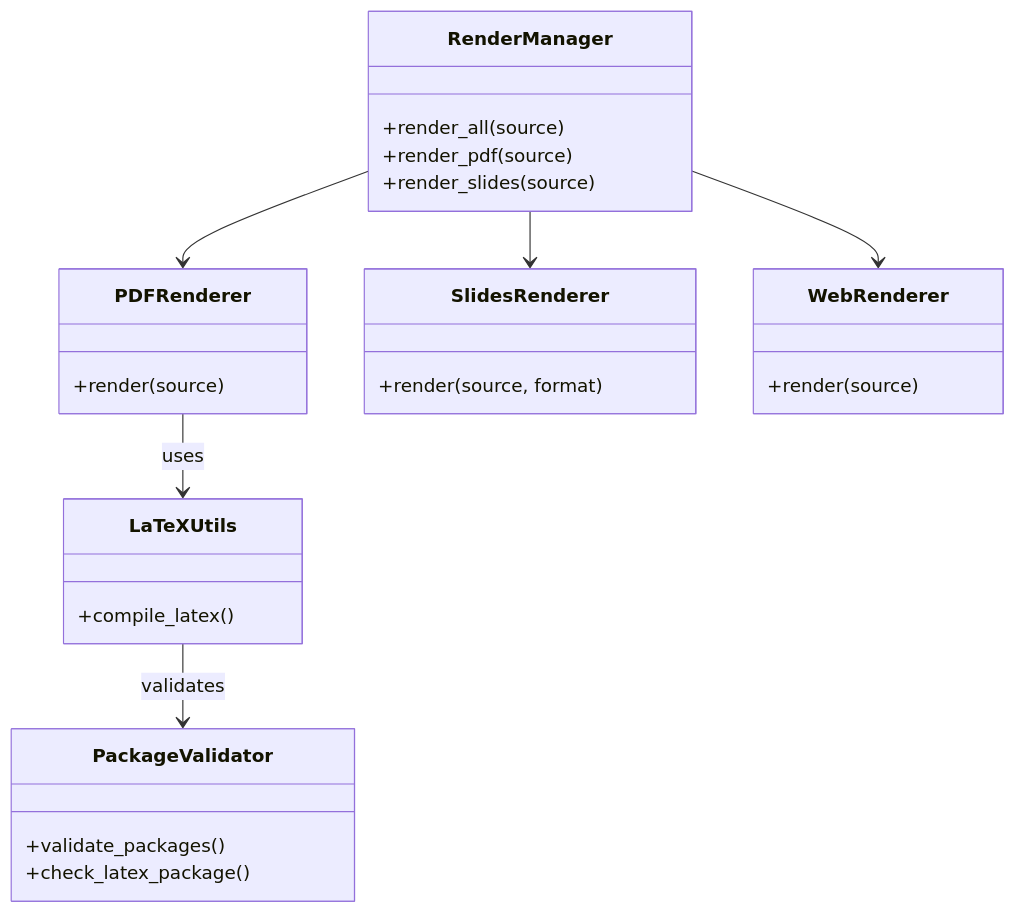
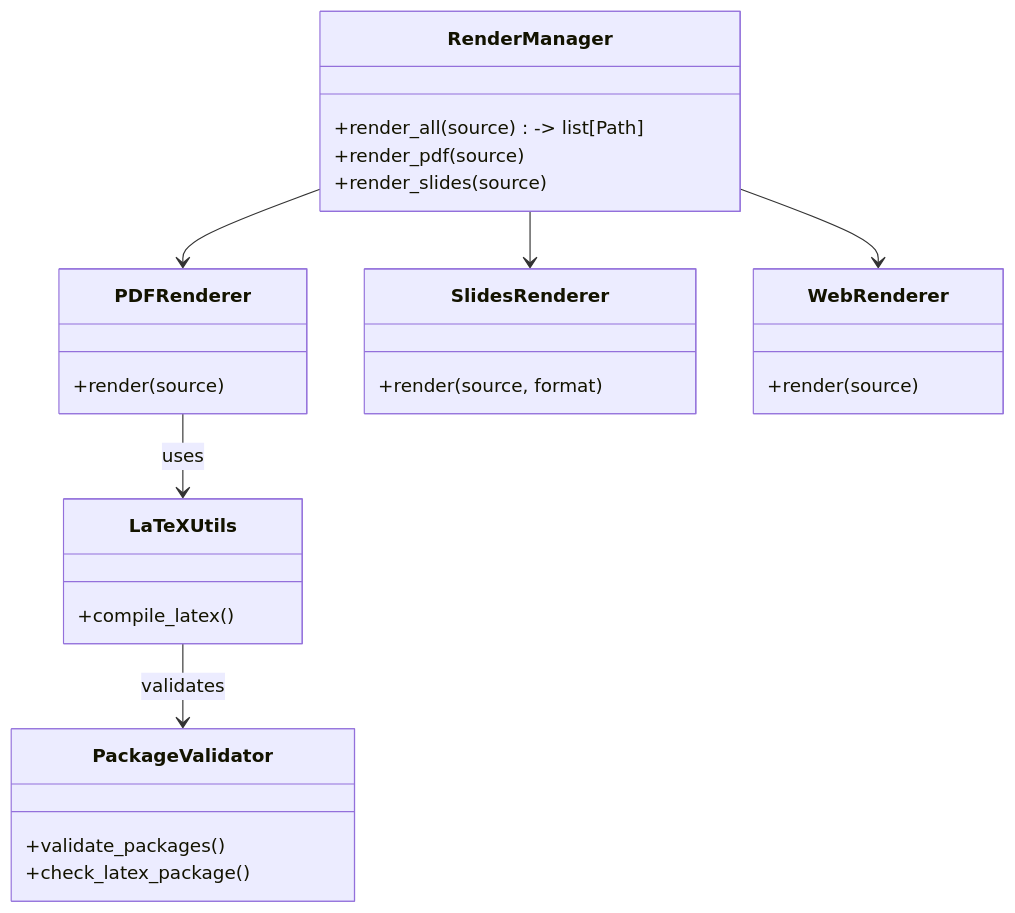
One commit to docxology/template changed the diagram in infrastructure/rendering/AGENTS.md. Above: the diagram before and after it, drawn with Mermaid. The commit also changed other lines of this file and 1035 other files, not shown here.

````diff
--- a/infrastructure/rendering/AGENTS.md
+++ b/infrastructure/rendering/AGENTS.md
@@ -16,32 +16,32 @@
 ```mermaid
 classDiagram
     class RenderManager {
-        +render_all(source)
+        +render_all(source) -> list[Path]
         +render_pdf(source)
         +render_slides(source)
     }
     class PDFRenderer {
         +render(source)
     }
     class SlidesRenderer {
         +render(source, format)
     }
     class WebRenderer {
         +render(source)
     }
     
     RenderManager --> PDFRenderer
     RenderManager --> SlidesRenderer
     RenderManager --> WebRenderer
 
     PDFRenderer --> LaTeXUtils : uses
     LaTeXUtils --> PackageValidator : validates
 
     class LaTeXUtils {
         +compile_latex()
     }
     class PackageValidator {
         +validate_packages()
         +check_latex_package()
     }
 ```
````
